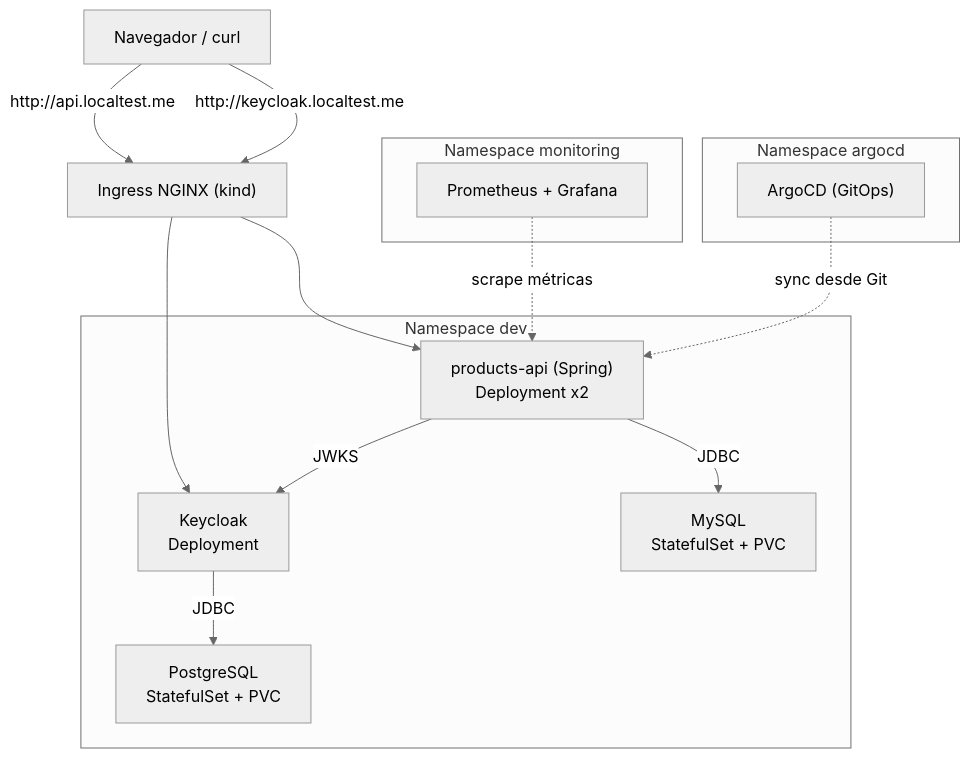
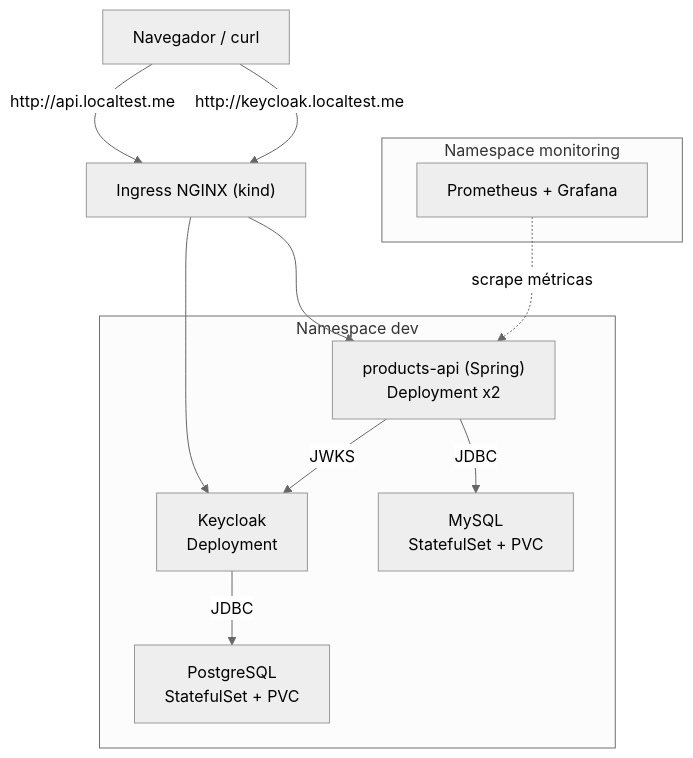
One commit to devbryan02/k8s-curso-practico changed the first of 3 diagrams in README.md. Above: the diagram before and after it, drawn with Mermaid (neutral theme). The commit also changed other lines of this file and 45 other files, not shown here.

````diff
--- a/README.md
+++ b/README.md
@@ -7,24 +7,20 @@
 ```mermaid
 flowchart TD
     U["Navegador / curl"] -->|"http://api.localtest.me"| ING["Ingress NGINX (kind)"]
     U -->|"http://keycloak.localtest.me"| ING
     ING --> API["products-api (Spring)<br/>Deployment x2"]
     ING --> KC["Keycloak<br/>Deployment"]
     API -->|"JWKS"| KC
     API -->|"JDBC"| MY["MySQL<br/>StatefulSet + PVC"]
     KC -->|"JDBC"| PG["PostgreSQL<br/>StatefulSet + PVC"]
     subgraph dev["Namespace dev"]
         API
         KC
         MY
         PG
     end
     subgraph monitoring["Namespace monitoring"]
         PROM["Prometheus + Grafana"]
     end
-    subgraph argocd["Namespace argocd"]
-        ARGO["ArgoCD (GitOps)"]
-    end
     PROM -.->|"scrape métricas"| API
-    ARGO -.->|"sync desde Git"| API
 ```
````
